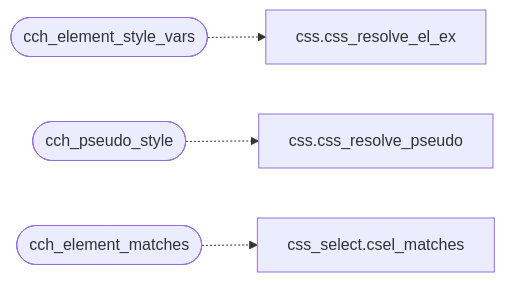
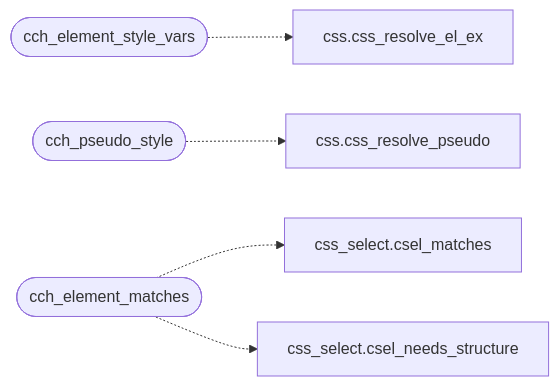
One commit to grisuno/FreeDom changed the second of 2 diagrams in readmenator-apidocs/modules/src.css_chain.c.md. Above: the diagram before and after it, drawn with Mermaid. The commit also changed other lines of this file and 238 other files, not shown here.

````diff
--- a/readmenator-apidocs/modules/src.css_chain.c.md
+++ b/readmenator-apidocs/modules/src.css_chain.c.md
@@ -26,12 +26,14 @@
 ```mermaid
 flowchart LR
     n_src_css_chain_c__cch_element_style_vars(["cch_element_style_vars"])
     n_src_css_c__css_resolve_el_ex["css.css_resolve_el_ex"]
     n_src_css_chain_c__cch_pseudo_style(["cch_pseudo_style"])
     n_src_css_c__css_resolve_pseudo["css.css_resolve_pseudo"]
     n_src_css_chain_c__cch_element_matches(["cch_element_matches"])
     n_include_css_select_h__csel_matches["css_select.csel_matches"]
+    n_src_css_select_c__csel_needs_structure["css_select.csel_needs_structure"]
     n_src_css_chain_c__cch_element_style_vars -.-> n_src_css_c__css_resolve_el_ex
     n_src_css_chain_c__cch_pseudo_style -.-> n_src_css_c__css_resolve_pseudo
     n_src_css_chain_c__cch_element_matches -.-> n_include_css_select_h__csel_matches
+    n_src_css_chain_c__cch_element_matches -.-> n_src_css_select_c__csel_needs_structure
 ```
````
